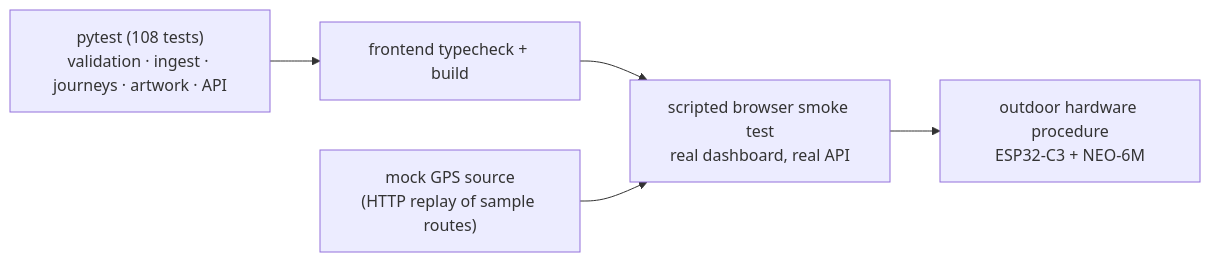
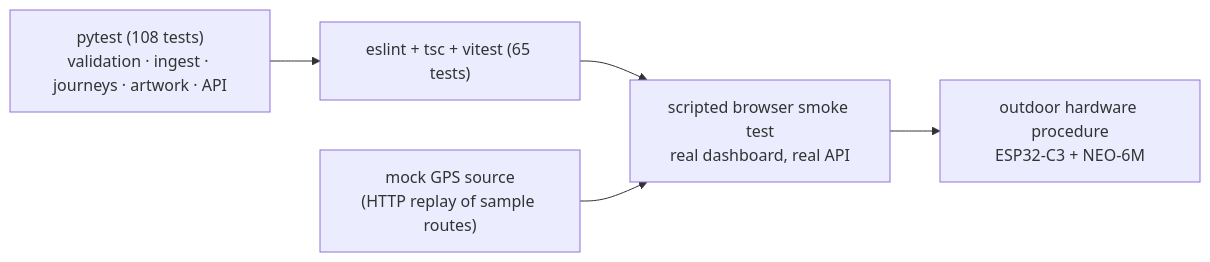
Before and after one commit to kushalk-hub/GeoSketch: the diagram in docs/testing.md, drawn with Mermaid. The commit also changed other lines of this file and 4 other files, not shown here.

````diff
--- a/docs/testing.md
+++ b/docs/testing.md
@@ -7,7 +7,7 @@
 ```mermaid
 graph LR
-    A["pytest (108 tests)<br/>validation · ingest · journeys · artwork · API"] --> B["frontend typecheck + build"]
+    A["pytest (108 tests)<br/>validation · ingest · journeys · artwork · API"] --> B["eslint + tsc + vitest (65 tests)"]
     B --> C["scripted browser smoke test<br/>real dashboard, real API"]
     C --> D["outdoor hardware procedure<br/>ESP32-C3 + NEO-6M"]
     E["mock GPS source<br/>(HTTP replay of sample routes)"] --> C
 ```
````
